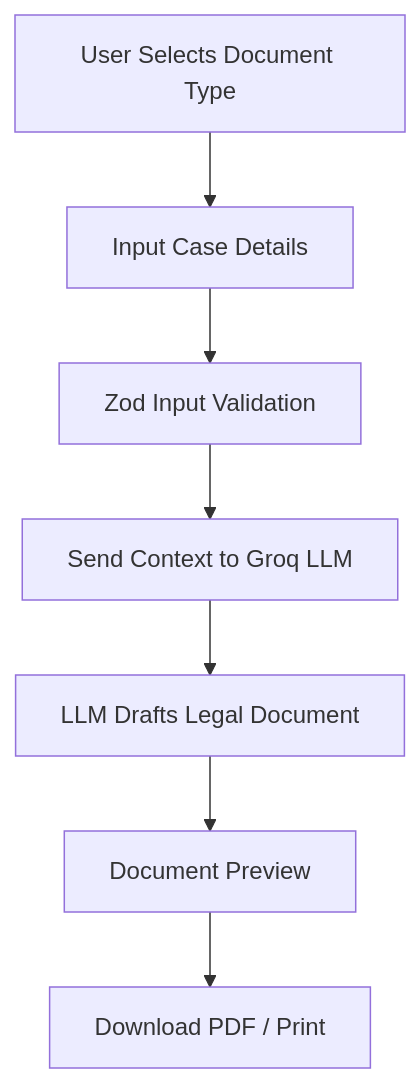
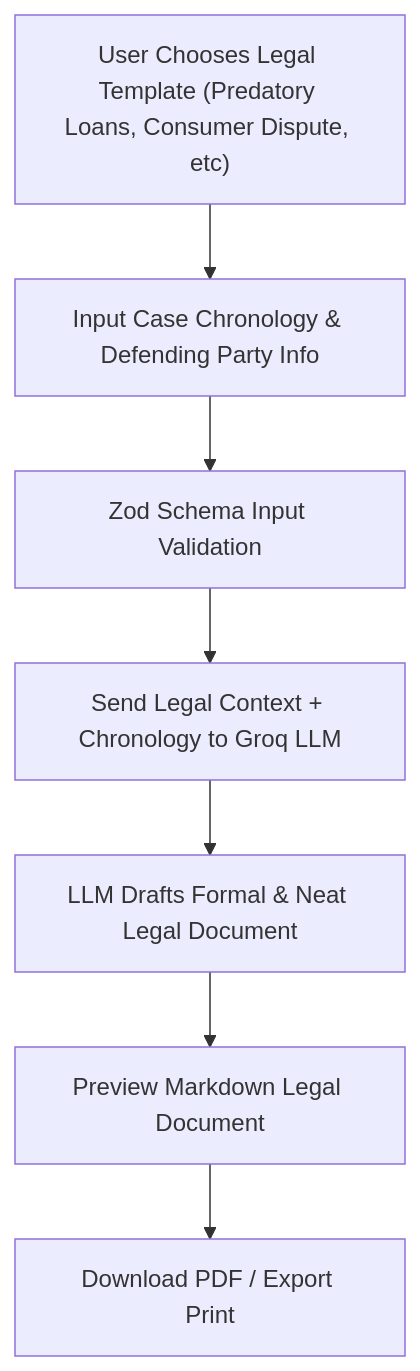
One commit to kazanaruishere-max/SafeWallet changed diagram 13 of 16 in README.md. Above: the diagram before and after it, drawn with Mermaid. The commit also changed other lines of this file, not shown here.

Commit message:
docs: expand README.md with detailed high-level architecture and comprehensive Mermaid workflows for all 6 features

````diff
--- a/README.md
+++ b/README.md
@@ -317,9 +425,9 @@
 ```mermaid
 flowchart TD
-    A[User Selects Document Type] --> B[Input Case Details]
-    B --> C[Zod Input Validation]
-    C --> D[Send Context to Groq LLM]
-    D --> E[LLM Drafts Legal Document]
-    E --> F[Document Preview]
-    F --> G[Download PDF / Print]
+    A["User Chooses Legal Template (Predatory Loans, Consumer Dispute, etc)"] --> B["Input Case Chronology & Defending Party Info"]
+    B --> C["Zod Schema Input Validation"]
+    C --> D["Send Legal Context + Chronology to Groq LLM"]
+    D --> E["LLM Drafts Formal & Neat Legal Document"]
+    E --> F["Preview Markdown Legal Document"]
+    F --> G["Download PDF / Export Print"]
 ```
````
